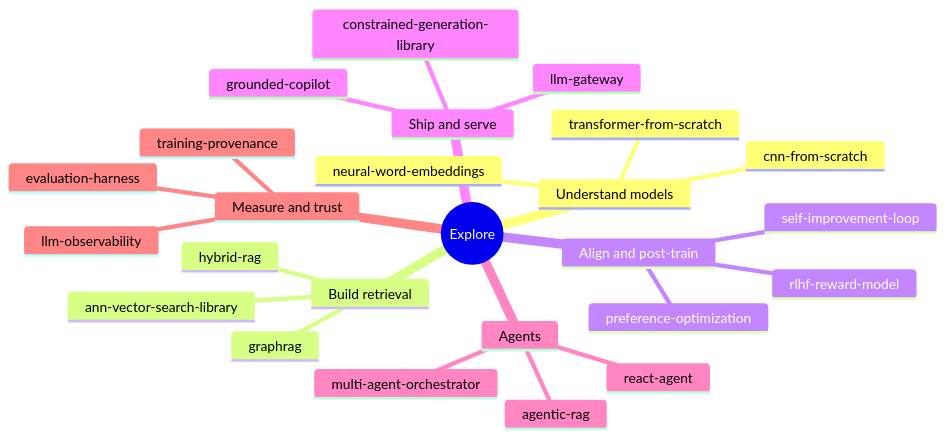
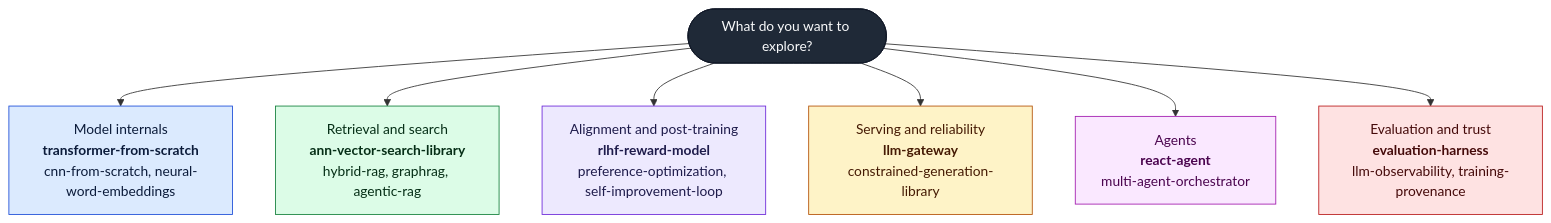
One commit to adeoluo/adeoluo changed the first of 2 diagrams in README.md. Above: the diagram before and after it, drawn with Mermaid. The commit also changed other lines of this file, not shown here.

````diff
--- a/README.md
+++ b/README.md
@@ -19,28 +51,27 @@
 ```mermaid
-mindmap
-  root((Explore))
-    Understand models
-      transformer-from-scratch
-      cnn-from-scratch
-      neural-word-embeddings
-    Build retrieval
-      ann-vector-search-library
-      hybrid-rag
-      graphrag
-    Align and post-train
-      rlhf-reward-model
-      preference-optimization
-      self-improvement-loop
-    Ship and serve
-      llm-gateway
-      constrained-generation-library
-      grounded-copilot
-    Agents
-      react-agent
-      multi-agent-orchestrator
-      agentic-rag
-    Measure and trust
-      evaluation-harness
-      llm-observability
-      training-provenance
+flowchart TD
+  START([What do you want to explore?])
+
+  START --> MODELS["Model internals<br/><b>transformer-from-scratch</b><br/>cnn-from-scratch, neural-word-embeddings"]
+  START --> RETRIEVAL["Retrieval and search<br/><b>ann-vector-search-library</b><br/>hybrid-rag, graphrag, agentic-rag"]
+  START --> ALIGN["Alignment and post-training<br/><b>rlhf-reward-model</b><br/>preference-optimization, self-improvement-loop"]
+  START --> SERVE["Serving and reliability<br/><b>llm-gateway</b><br/>constrained-generation-library"]
+  START --> AGENTS["Agents<br/><b>react-agent</b><br/>multi-agent-orchestrator"]
+  START --> TRUST["Evaluation and trust<br/><b>evaluation-harness</b><br/>llm-observability, training-provenance"]
+
+  classDef model fill:#dbeafe,stroke:#1d4ed8,color:#0b1b3a;
+  classDef retr fill:#dcfce7,stroke:#15803d,color:#052e16;
+  classDef align fill:#ede9fe,stroke:#6d28d9,color:#1e1b4b;
+  classDef serve fill:#fef3c7,stroke:#b45309,color:#451a03;
+  classDef agent fill:#fae8ff,stroke:#a21caf,color:#4a044e;
+  classDef trust fill:#fee2e2,stroke:#b91c1c,color:#450a0a;
+  classDef start fill:#1f2937,stroke:#111827,color:#f9fafb;
+
+  class START start;
+  class MODELS model;
+  class RETRIEVAL retr;
+  class ALIGN align;
+  class SERVE serve;
+  class AGENTS agent;
+  class TRUST trust;
 ```
````
